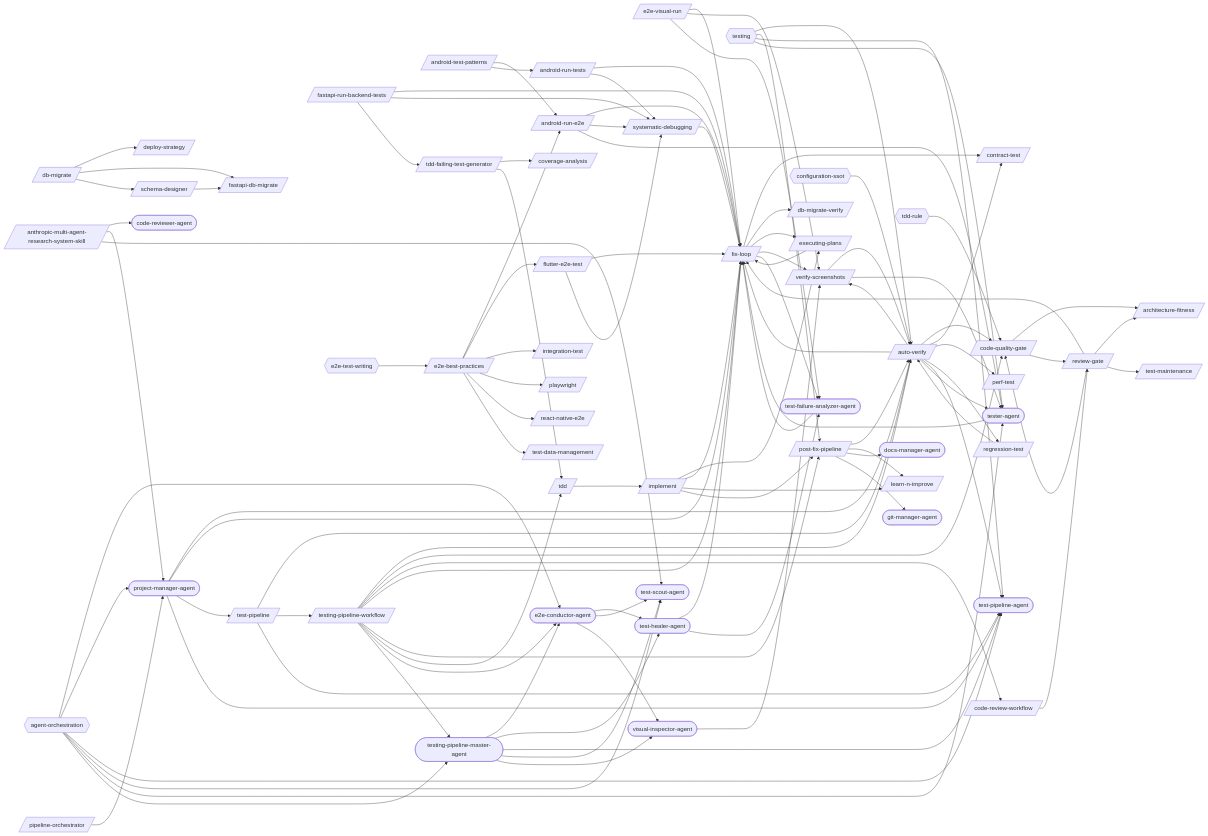
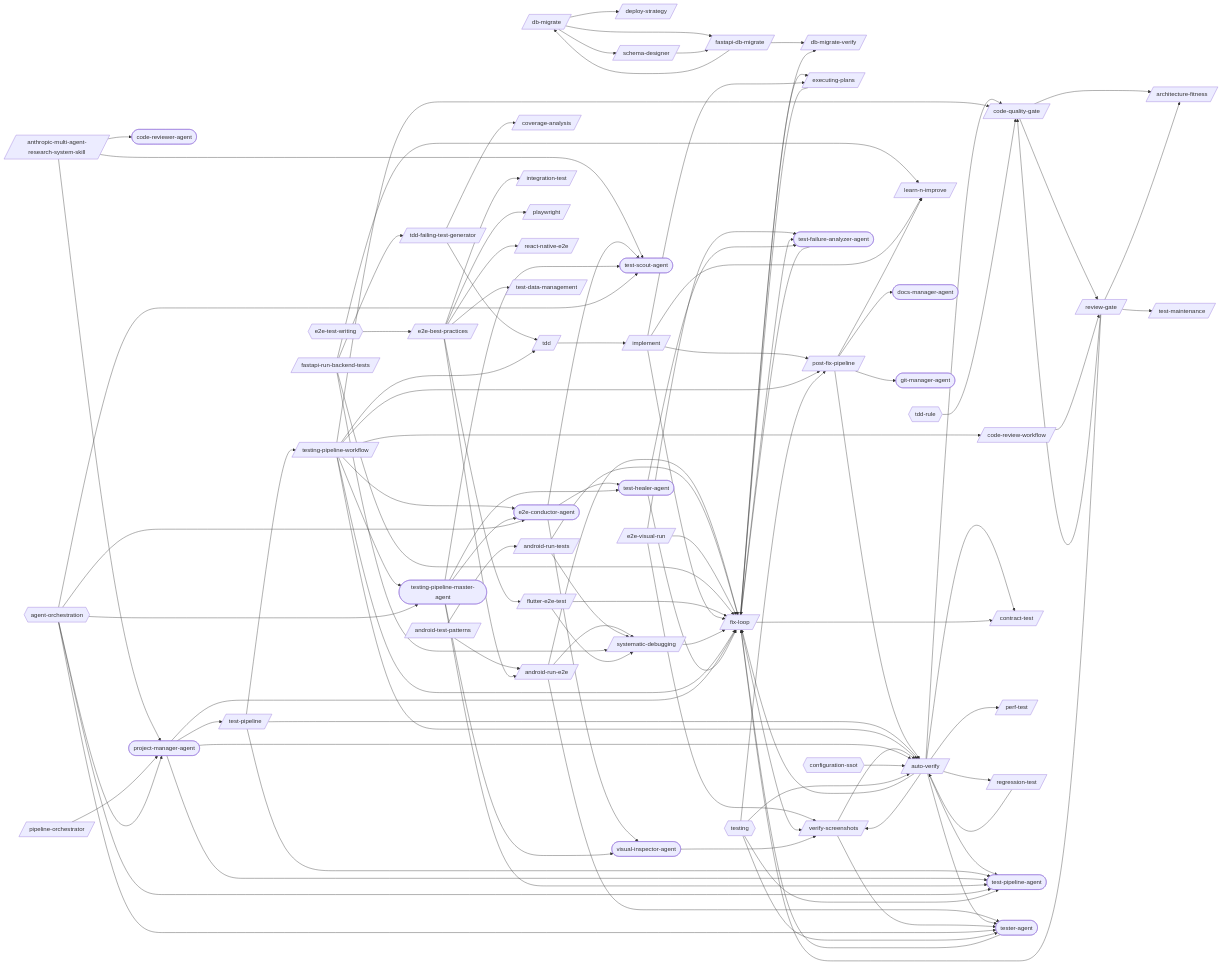
One commit to abhayla/claude-best-practices changed the first of 48 diagrams in docs/workflows/testing-pipeline.md. Above: the diagram before and after it, drawn with Mermaid. The commit also changed other lines of this file and 12 other files, not shown here.

```diff
--- a/docs/workflows/testing-pipeline.md
+++ b/docs/workflows/testing-pipeline.md
@@ -98,7 +98,10 @@
     e2e_visual_run --> verify_screenshots
     e2e_visual_run --> test_failure_analyzer_agent
     executing_plans --> fix_loop
+    fastapi_db_migrate --> db_migrate
+    fastapi_db_migrate --> db_migrate_verify
     fastapi_run_backend_tests --> fix_loop
+    fastapi_run_backend_tests --> learn_n_improve
     fastapi_run_backend_tests --> systematic_debugging
     fastapi_run_backend_tests --> tdd_failing_test_generator
     fix_loop --> contract_test
```
